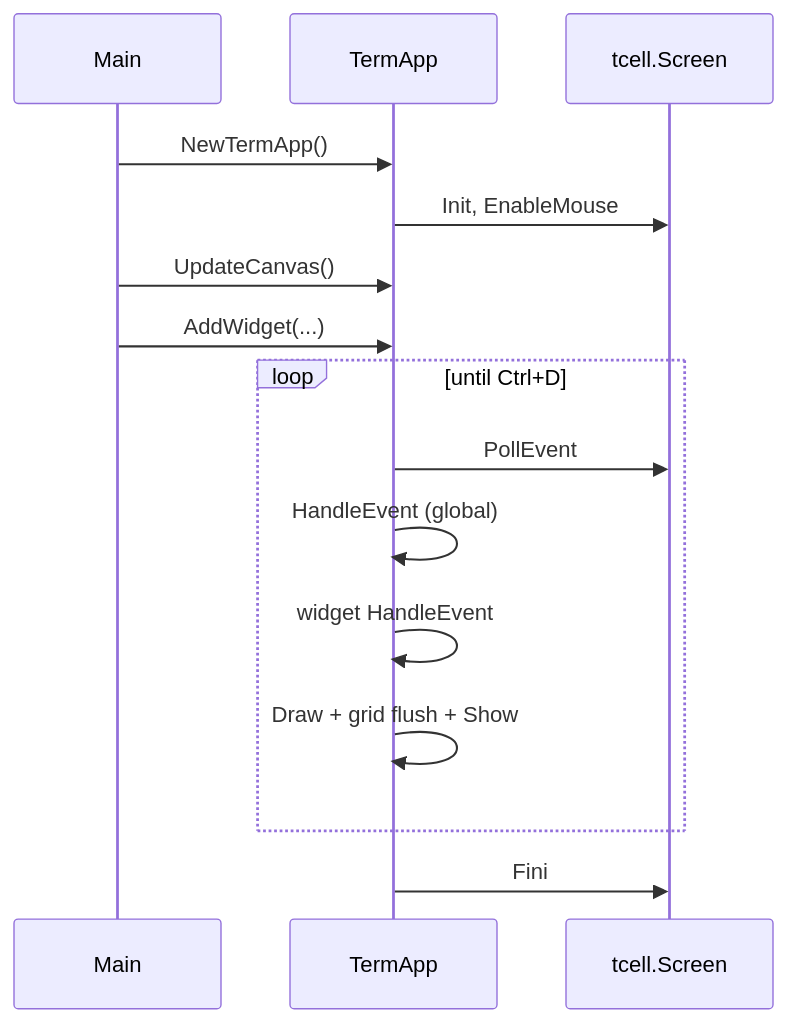
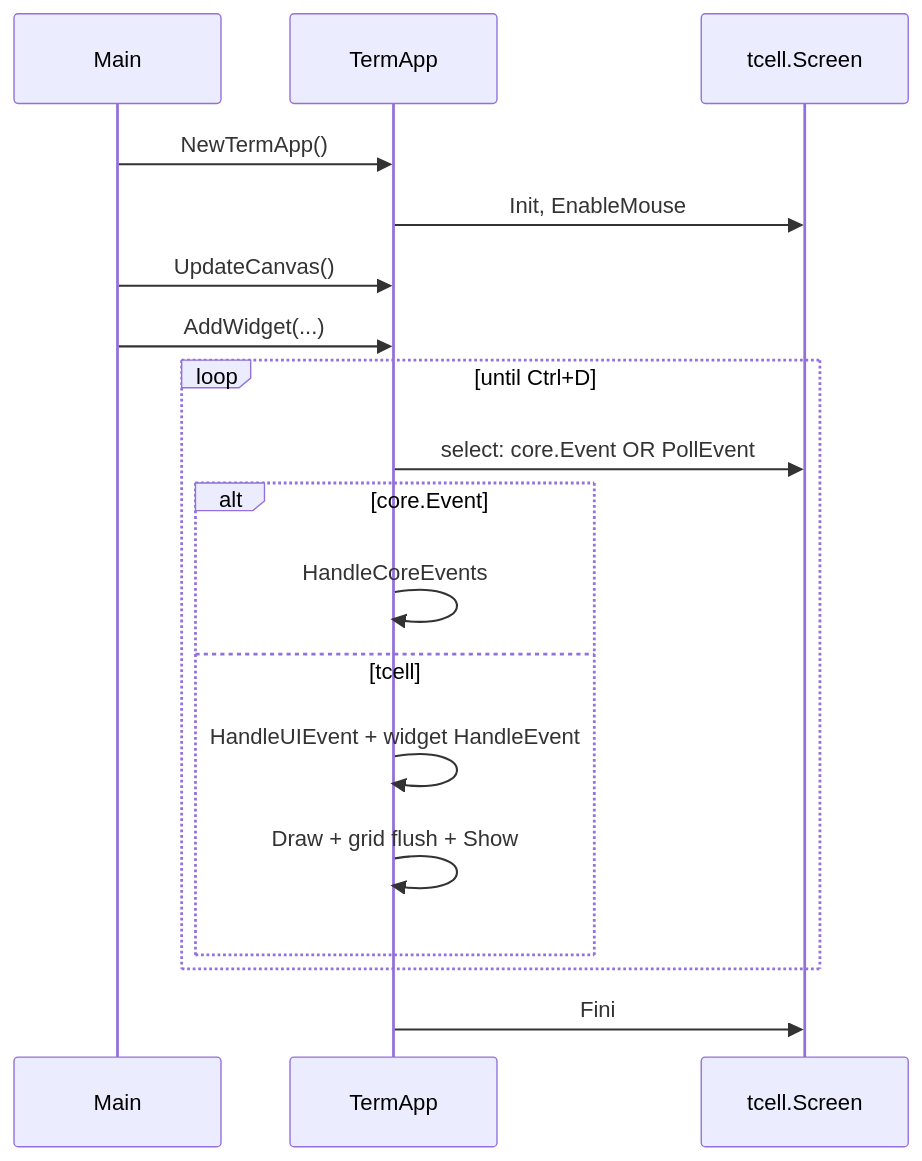
One commit to yairgd/gdbforge changed the first of 2 diagrams in docs/DEVELOPER_GUIDE.md. Above: the diagram before and after it, drawn with Mermaid. The commit also changed other lines of this file and 9 other files, not shown here.

````diff
--- a/docs/DEVELOPER_GUIDE.md
+++ b/docs/DEVELOPER_GUIDE.md
@@ -124,18 +138,21 @@
 ```mermaid
 sequenceDiagram
     participant Main
     participant App as TermApp
     participant Screen as tcell.Screen
 
     Main->>App: NewTermApp()
     App->>Screen: Init, EnableMouse
     Main->>App: UpdateCanvas()
     Main->>App: AddWidget(...)
     loop until Ctrl+D
-        App->>Screen: PollEvent
-        App->>App: HandleEvent (global)
-        App->>App: widget HandleEvent
-        App->>App: Draw + grid flush + Show
+        App->>Screen: select: core.Event OR PollEvent
+        alt core.Event
+            App->>App: HandleCoreEvents
+        else tcell
+            App->>App: HandleUIEvent + widget HandleEvent
+            App->>App: Draw + grid flush + Show
+        end
     end
     App->>Screen: Fini
 ```
````
